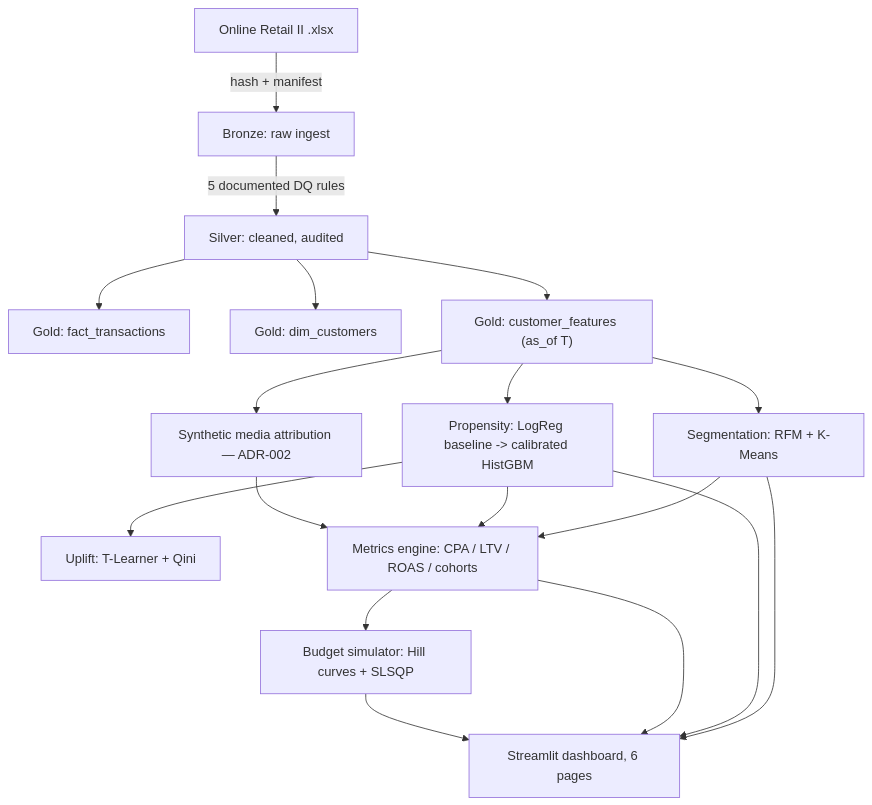
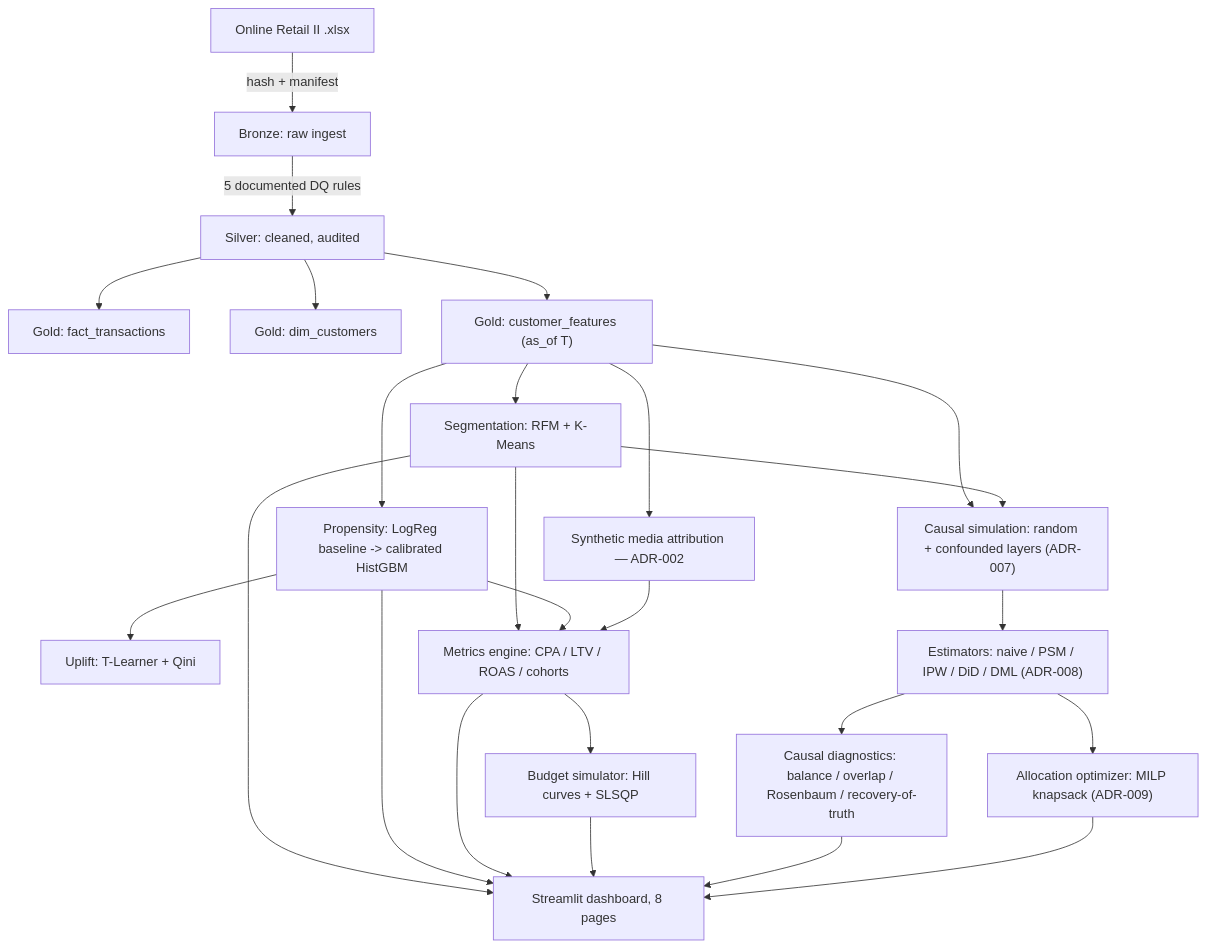
Before and after one commit to pinheiro-dataworks/adengine: the diagram in README.md, drawn with Mermaid. The commit also changed other lines of this file, not shown here.

First line of the commit message:
docs: update README -- extended architecture diagram, results, known limitations

````diff
--- a/README.md
+++ b/README.md
@@ -22,20 +28,27 @@
 ```mermaid
 flowchart TD
     A[Online Retail II .xlsx] -->|hash + manifest| B[Bronze: raw ingest]
     B -->|5 documented DQ rules| C[Silver: cleaned, audited]
     C --> D1[Gold: fact_transactions]
     C --> D2[Gold: dim_customers]
     C --> D3["Gold: customer_features (as_of T)"]
     D3 --> E1[Segmentation: RFM + K-Means]
     D3 --> E2["Propensity: LogReg baseline -> calibrated HistGBM"]
     E2 --> E3[Uplift: T-Learner + Qini]
     D3 --> F[Synthetic media attribution — ADR-002]
     E1 --> G[Metrics engine: CPA / LTV / ROAS / cohorts]
     E2 --> G
     F --> G
     G --> H[Budget simulator: Hill curves + SLSQP]
-    E1 --> I[Streamlit dashboard, 6 pages]
+    D3 --> J["Causal simulation: random + confounded layers (ADR-007)"]
+    E1 --> J
+    J --> K["Estimators: naive / PSM / IPW / DiD / DML (ADR-008)"]
+    K --> L[Causal diagnostics: balance / overlap / Rosenbaum / recovery-of-truth]
+    K --> M["Allocation optimizer: MILP knapsack (ADR-009)"]
+    E1 --> I[Streamlit dashboard, 8 pages]
     E2 --> I
     G --> I
     H --> I
+    L --> I
+    M --> I
 ```
````
